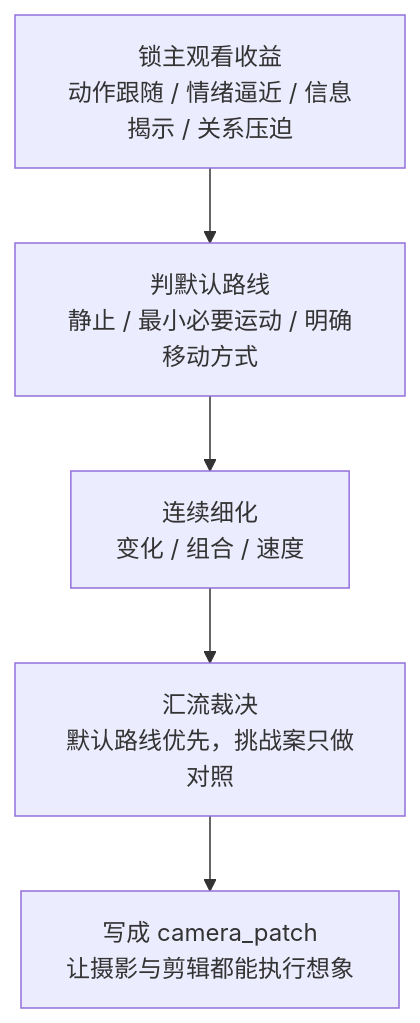
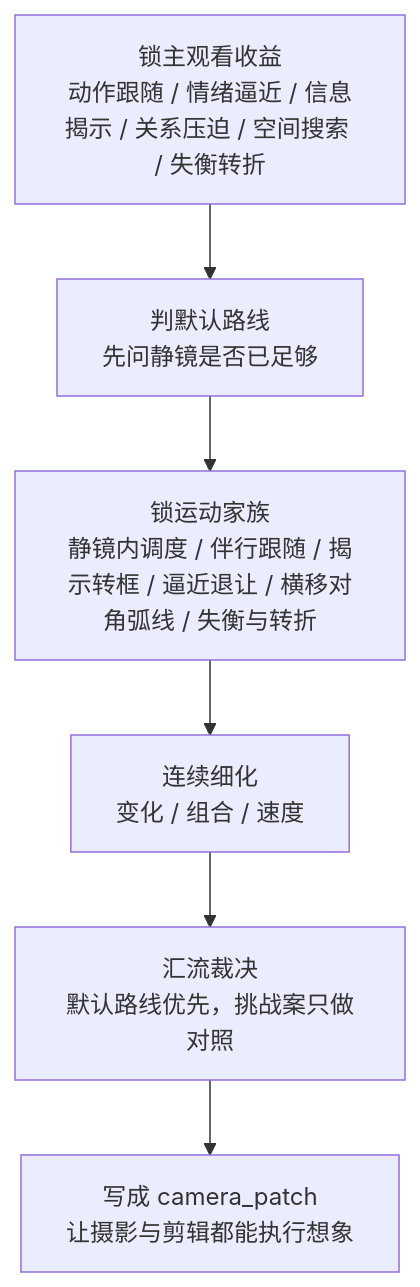
Before and after one commit to ZEN-VOID/AI-CUT: the first of 2 diagrams in .agents/skills/aigc/3-Detail/2-镜花/3-运镜手法/module-guide.md, drawn with Mermaid. The commit also changed other lines of this file and 291 other files, not shown here.

````diff
--- a/.agents/skills/aigc/3-Detail/2-镜花/3-运镜手法/module-guide.md
+++ b/.agents/skills/aigc/3-Detail/2-镜花/3-运镜手法/module-guide.md
@@ -22,7 +30,8 @@
 ```mermaid
 flowchart TD
-    A["锁主观看收益<br/>动作跟随 / 情绪逼近 / 信息揭示 / 关系压迫"] --> B["判默认路线<br/>静止 / 最小必要运动 / 明确移动方式"]
-    B --> C["连续细化<br/>变化 / 组合 / 速度"]
-    C --> D["汇流裁决<br/>默认路线优先，挑战案只做对照"]
-    D --> E["写成 camera_patch<br/>让摄影与剪辑都能执行想象"]
+    A["锁主观看收益<br/>动作跟随 / 情绪逼近 / 信息揭示 / 关系压迫 / 空间搜索 / 失衡转折"] --> B["判默认路线<br/>先问静镜是否已足够"]
+    B --> C["锁运动家族<br/>静镜内调度 / 伴行跟随 / 揭示转框 / 逼近退让 / 横移对角弧线 / 失衡与转折"]
+    C --> D["连续细化<br/>变化 / 组合 / 速度"]
+    D --> E["汇流裁决<br/>默认路线优先，挑战案只做对照"]
+    E --> F["写成 camera_patch<br/>让摄影与剪辑都能执行想象"]
 ```
````
